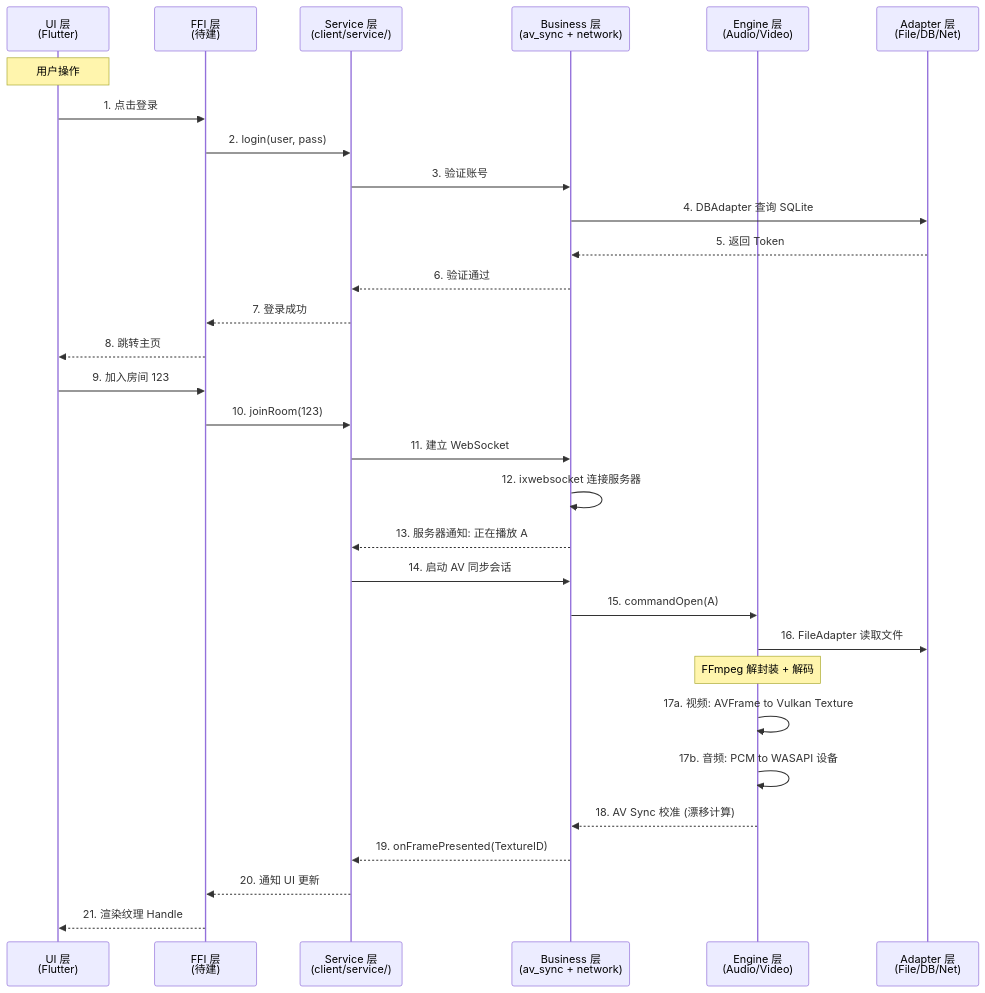
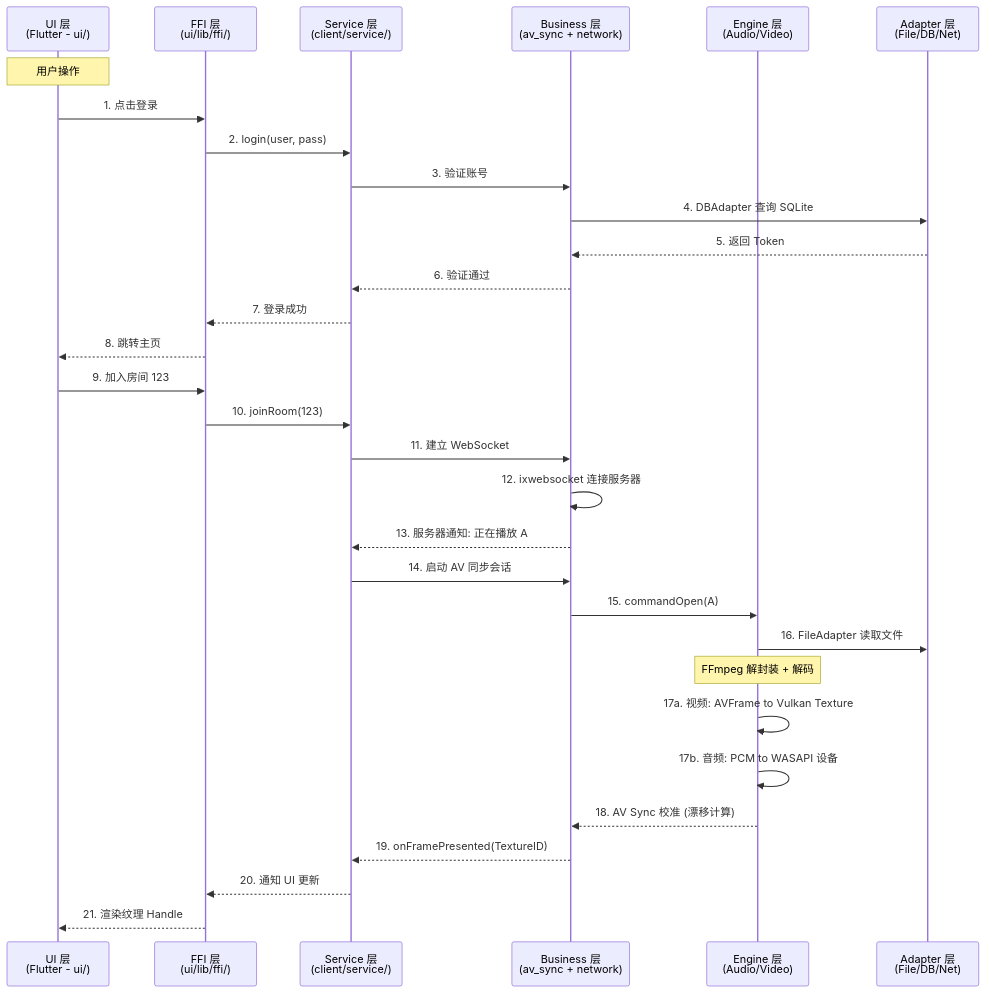
One commit to xiaofusu123/PrismPlayer changed the first of 3 diagrams in doc/markdown/数据流.md. Above: the diagram before and after it, drawn with Mermaid. The commit also changed other lines of this file and 13 other files, not shown here.

````diff
--- a/doc/markdown/数据流.md
+++ b/doc/markdown/数据流.md
@@ -11,38 +11,38 @@
 ```mermaid
 sequenceDiagram
-    participant UI as UI 层<br/>(Flutter)
-    participant FFI as FFI 层<br/>(待建)
+    participant UI as UI 层<br/>(Flutter - ui/)
+    participant FFI as FFI 层<br/>(ui/lib/ffi/)
     participant SVC as Service 层<br/>(client/service/)
     participant BIZ as Business 层<br/>(av_sync + network)
     participant ENG as Engine 层<br/>(Audio/Video)
     participant ADP as Adapter 层<br/>(File/DB/Net)
 
     Note over UI: 用户操作
     UI->>FFI: 1. 点击登录
     FFI->>SVC: 2. login(user, pass)
     SVC->>BIZ: 3. 验证账号
     BIZ->>ADP: 4. DBAdapter 查询 SQLite
     ADP-->>BIZ: 5. 返回 Token
     BIZ-->>SVC: 6. 验证通过
     SVC-->>FFI: 7. 登录成功
     FFI-->>UI: 8. 跳转主页
 
     UI->>FFI: 9. 加入房间 123
     FFI->>SVC: 10. joinRoom(123)
     SVC->>BIZ: 11. 建立 WebSocket
     BIZ->>BIZ: 12. ixwebsocket 连接服务器
     BIZ-->>SVC: 13. 服务器通知: 正在播放 A
 
     SVC->>BIZ: 14. 启动 AV 同步会话
     BIZ->>ENG: 15. commandOpen(A)
     ENG->>ADP: 16. FileAdapter 读取文件
 
     Note over ENG: FFmpeg 解封装 + 解码
     ENG->>ENG: 17a. 视频: AVFrame to Vulkan Texture
     ENG->>ENG: 17b. 音频: PCM to WASAPI 设备
 
     ENG-->>BIZ: 18. AV Sync 校准 (漂移计算)
     BIZ-->>SVC: 19. onFramePresented(TextureID)
     SVC-->>FFI: 20. 通知 UI 更新
     FFI-->>UI: 21. 渲染纹理 Handle
 ```
````
